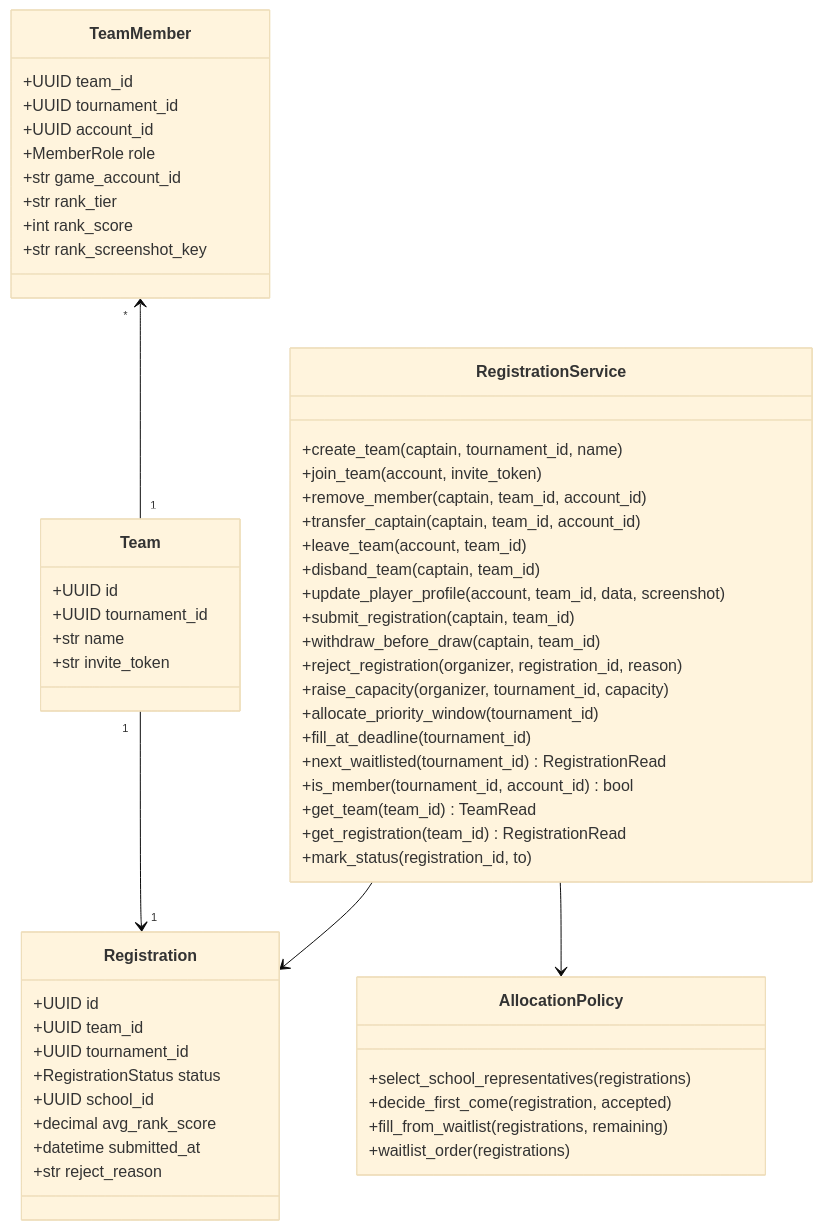
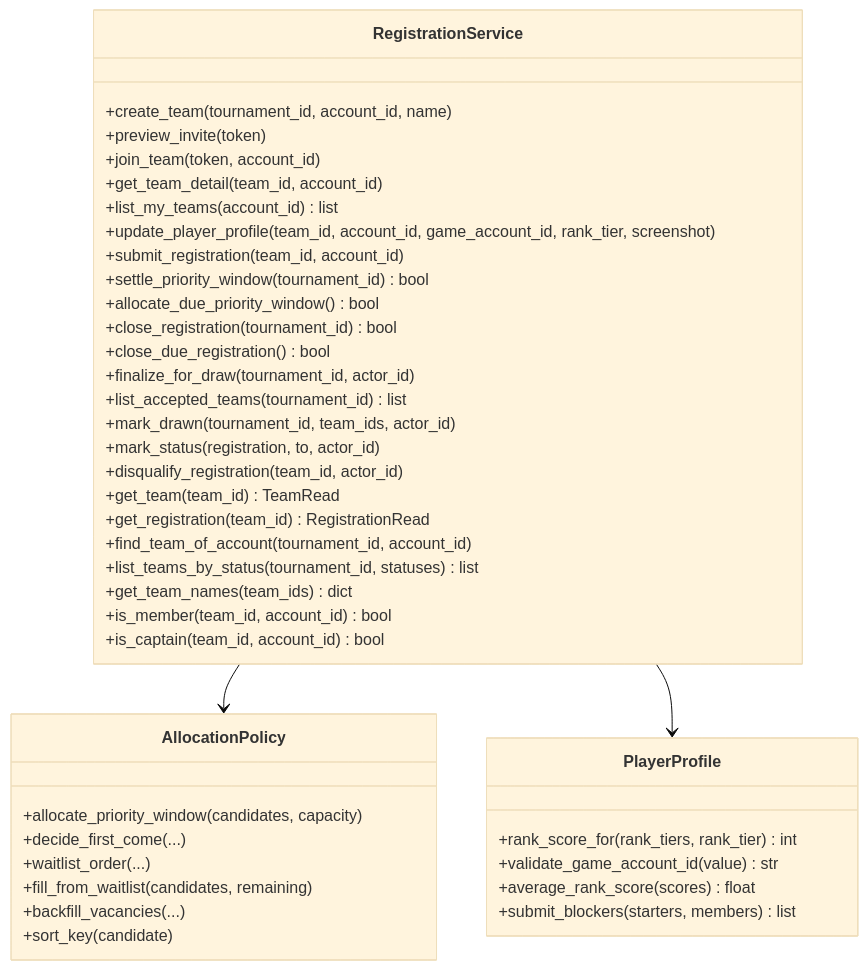
One commit to Team14good/esport-platform changed the ninth of 15 diagrams in docs/midterm/D-物件設計文件.md. Above: the diagram before and after it, drawn with Mermaid (base theme). The commit also changed other lines of this file and 14 other files, not shown here.

````diff
--- a/docs/midterm/D-物件設計文件.md
+++ b/docs/midterm/D-物件設計文件.md
@@ -348,59 +417,44 @@
 ```mermaid
 classDiagram
-  class Team {
-    +UUID id
-    +UUID tournament_id
-    +str name
-    +str invite_token
-  }
-  class TeamMember {
-    +UUID team_id
-    +UUID tournament_id
-    +UUID account_id
-    +MemberRole role
-    +str game_account_id
-    +str rank_tier
-    +int rank_score
-    +str rank_screenshot_key
-  }
-  class Registration {
-    +UUID id
-    +UUID team_id
-    +UUID tournament_id
-    +RegistrationStatus status
-    +UUID school_id
-    +decimal avg_rank_score
-    +datetime submitted_at
-    +str reject_reason
-  }
   class RegistrationService {
-    +create_team(captain, tournament_id, name)
-    +join_team(account, invite_token)
-    +remove_member(captain, team_id, account_id)
-    +transfer_captain(captain, team_id, account_id)
-    +leave_team(account, team_id)
-    +disband_team(captain, team_id)
-    +update_player_profile(account, team_id, data, screenshot)
-    +submit_registration(captain, team_id)
-    +withdraw_before_draw(captain, team_id)
-    +reject_registration(organizer, registration_id, reason)
-    +raise_capacity(organizer, tournament_id, capacity)
-    +allocate_priority_window(tournament_id)
-    +fill_at_deadline(tournament_id)
-    +next_waitlisted(tournament_id) RegistrationRead
-    +is_member(tournament_id, account_id) bool
+    +create_team(tournament_id, account_id, name)
+    +preview_invite(token)
+    +join_team(token, account_id)
+    +get_team_detail(team_id, account_id)
+    +list_my_teams(account_id) list
+    +update_player_profile(team_id, account_id, game_account_id, rank_tier, screenshot)
+    +submit_registration(team_id, account_id)
+    +settle_priority_window(tournament_id) bool
+    +allocate_due_priority_window() bool
+    +close_registration(tournament_id) bool
+    +close_due_registration() bool
+    +finalize_for_draw(tournament_id, actor_id)
+    +list_accepted_teams(tournament_id) list
+    +mark_drawn(tournament_id, team_ids, actor_id)
+    +mark_status(registration, to, actor_id)
+    +disqualify_registration(team_id, actor_id)
     +get_team(team_id) TeamRead
     +get_registration(team_id) RegistrationRead
-    +mark_status(registration_id, to)
+    +find_team_of_account(tournament_id, account_id)
+    +list_teams_by_status(tournament_id, statuses) list
+    +get_team_names(team_ids) dict
+    +is_member(team_id, account_id) bool
+    +is_captain(team_id, account_id) bool
   }
   class AllocationPolicy {
-    +select_school_representatives(registrations)
-    +decide_first_come(registration, accepted)
-    +fill_from_waitlist(registrations, remaining)
-    +waitlist_order(registrations)
+    +allocate_priority_window(candidates, capacity)
+    +decide_first_come(...)
+    +waitlist_order(...)
+    +fill_from_waitlist(candidates, remaining)
+    +backfill_vacancies(...)
+    +sort_key(candidate)
   }
-  TeamMember "*" <-- "1" Team
-  Team "1" --> "1" Registration
+  class PlayerProfile {
+    +rank_score_for(rank_tiers, rank_tier) int
+    +validate_game_account_id(value) str
+    +average_rank_score(scores) float
+    +submit_blockers(starters, members) list
+  }
   RegistrationService --> AllocationPolicy
-  RegistrationService --> Registration
+  RegistrationService --> PlayerProfile
 ```
````
